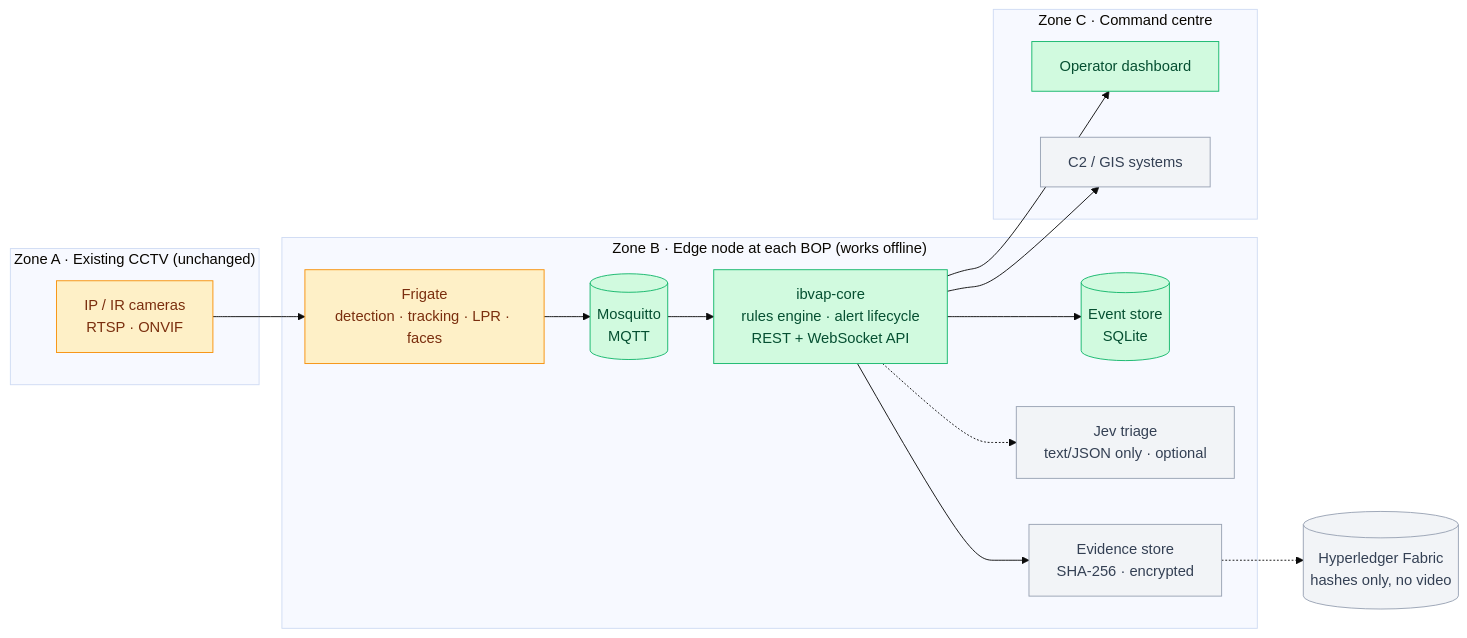
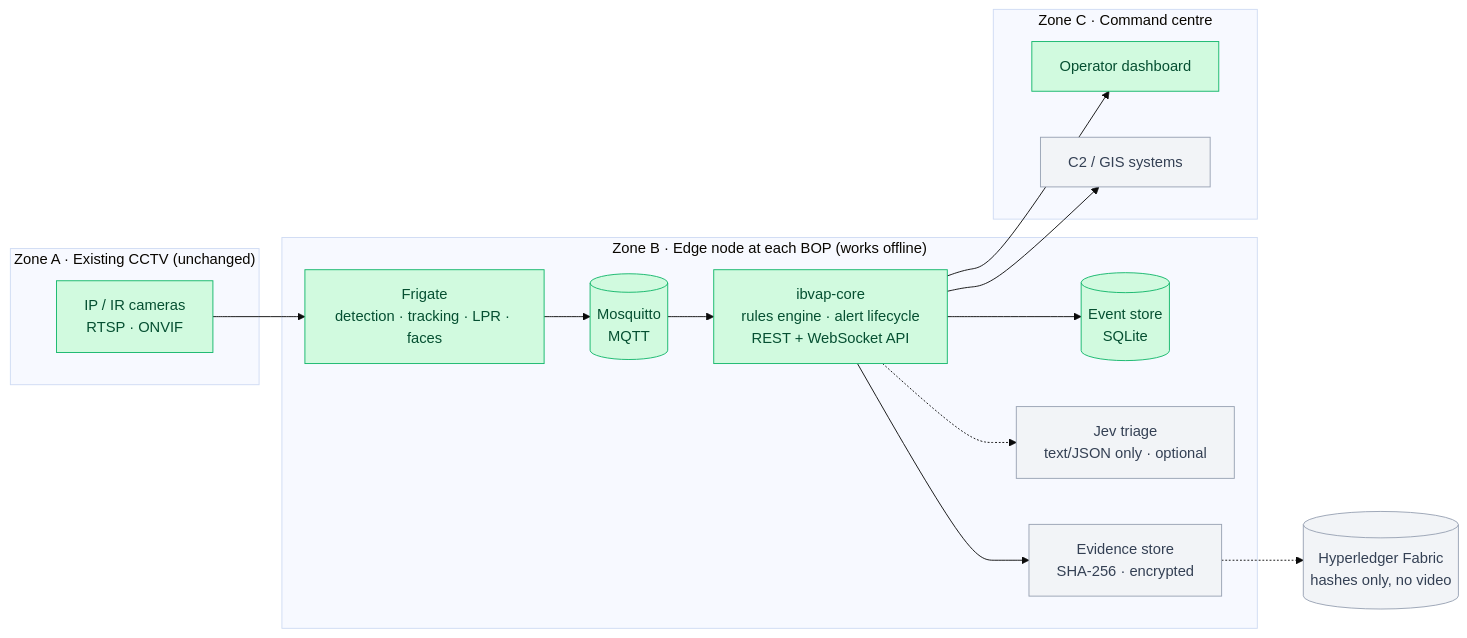
Before and after one commit to tanmay-006/IBVAP-Intelligent-Border-Video-Analytics-Platform: the diagram in README.md, drawn with Mermaid (base theme). The commit also changed other lines of this file and 13 other files, not shown here.

````diff
--- a/README.md
+++ b/README.md
@@ -37,32 +40,31 @@
 ```mermaid
 flowchart LR
     subgraph A["Zone A · Existing CCTV (unchanged)"]
         CAM["IP / IR cameras<br/>RTSP · ONVIF"]
     end
     subgraph B["Zone B · Edge node at each BOP (works offline)"]
         FR["Frigate<br/>detection · tracking · LPR · faces"]
         MQ[("Mosquitto<br/>MQTT")]
         CORE["ibvap-core<br/>rules engine · alert lifecycle<br/>REST + WebSocket API"]
         DB[("Event store<br/>SQLite")]
         JEV["Jev triage<br/>text/JSON only · optional"]
         EV["Evidence store<br/>SHA-256 · encrypted"]
     end
     subgraph C["Zone C · Command centre"]
         DASH["Operator dashboard"]
         C2["C2 / GIS systems"]
     end
     LEDGER[("Hyperledger Fabric<br/>hashes only, no video")]
 
     CAM --> FR --> MQ --> CORE --> DB
     CORE -.-> JEV
     CORE --> EV -.-> LEDGER
     CORE --> DASH
     CORE --> C2
 
     classDef done fill:#d1fadf,stroke:#12b76a,color:#054f31
     classDef next fill:#fef0c7,stroke:#f79009,color:#7a2e0e
     classDef planned fill:#f2f4f7,stroke:#98a2b3,color:#344054
-    class CORE,DB,MQ,DASH done
-    class FR,CAM next
+    class CORE,DB,MQ,DASH,FR,CAM done
     class JEV,EV,C2,LEDGER planned
 ```
````
